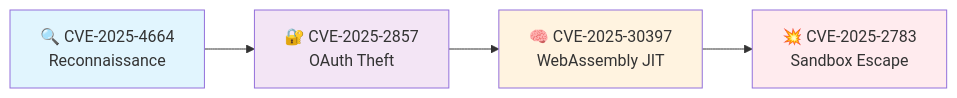
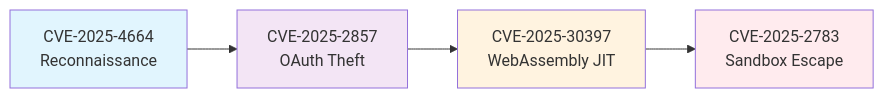
Before and after one commit to Leviticus-Triage/ChromSploit-Framework: the diagram in README.md, drawn with Mermaid. The commit also changed other lines of this file and 42 other files, not shown here.

````diff
--- a/README.md
+++ b/README.md
@@ -217,11 +217,11 @@
 ```mermaid
 graph LR
-    A[🔍 CVE-2025-4664<br/>Reconnaissance] --> B[🔐 CVE-2025-2857<br/>OAuth Theft]
-    B --> C[🧠 CVE-2025-30397<br/>WebAssembly JIT]
-    C --> D[💥 CVE-2025-2783<br/>Sandbox Escape]
-    
-    style A fill:#e1f5fe
-    style B fill:#f3e5f5
-    style C fill:#fff3e0
-    style D fill:#ffebee
+ A[CVE-2025-4664<br/>Reconnaissance] --> B[CVE-2025-2857<br/>OAuth Theft]
+ B --> C[CVE-2025-30397<br/>WebAssembly JIT]
+ C --> D[CVE-2025-2783<br/>Sandbox Escape]
+ 
+ style A fill:#e1f5fe
+ style B fill:#f3e5f5
+ style C fill:#fff3e0
+ style D fill:#ffebee
 ```
````
